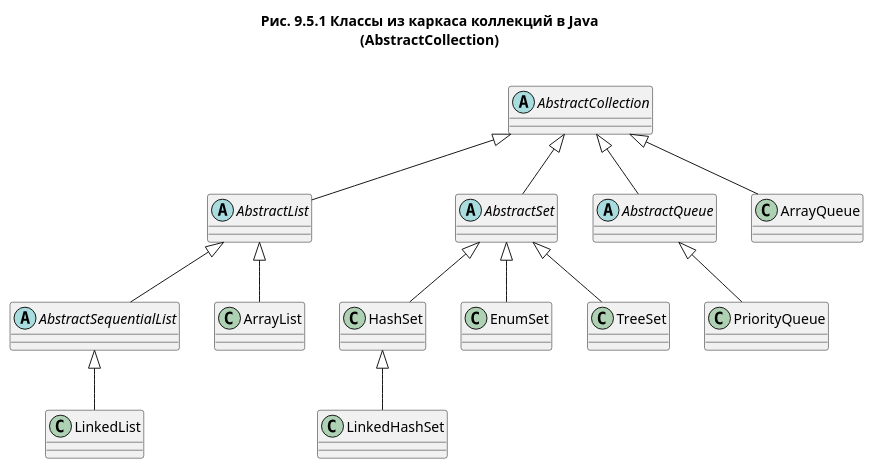
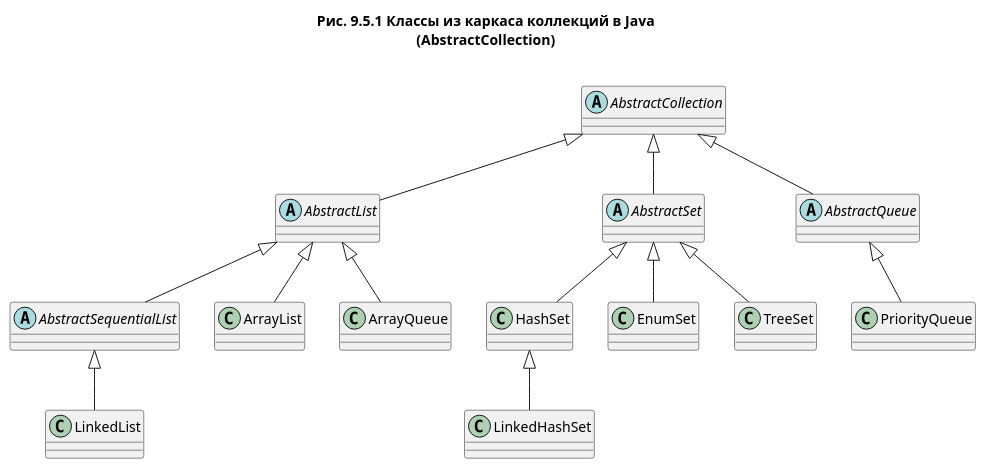
Before and after one commit to sectorsj/learnbooks: the diagram in hortsmann_v_one/src/main/resources/_449/pic_9_5_1.puml, drawn with PlantUML.

Commit message:
01.05.24 change pic_9_5_1.puml "ArrayQueue extends AbstractList"

```diff
--- a/hortsmann_v_one/src/main/resources/_449/pic_9_5_1.puml
+++ b/hortsmann_v_one/src/main/resources/_449/pic_9_5_1.puml
@@ -1,42 +1,42 @@
 @startuml
 title
 Рис. 9.5.1 Классы из каркаса коллекций в Java
 (AbstractCollection)
 
 end title
 
 abstract class "AbstractCollection" as cl1 {}
 abstract class "AbstractList" as cl2 {}
 abstract class "AbstractSet" as cl3 {}
 abstract class "AbstractQueue" as cl4 {}
 
 abstract class "AbstractSequentialList" as cl5 {}
 class "LinkedList" as cl6 {}
 class "ArrayList" as cl7 {}
 
 class "HashSet" as cl8 {}
 class "LinkedHashSet" as cl9 {}
 class "EnumSet" as cl10 {}
 class "TreeSet" as cl11 {}
 
 class "PriorityQueue" as cl12 {}
 class "ArrayQueue" as cl13 {}
 
 
 cl1 <|-- cl2
 cl1 <|-- cl3
 cl1 <|-- cl4
 
 cl2 <|-- cl5
 cl5 <|-- cl6
 cl2 <|-- cl7
 
 cl3 <|-- cl8
 cl8 <|-- cl9
 cl3 <|-- cl10
 cl3 <|-- cl11
 
 cl4 <|-- cl12
-cl1 <|-- cl13
+cl2 <|-- cl13
 
 @enduml
```
